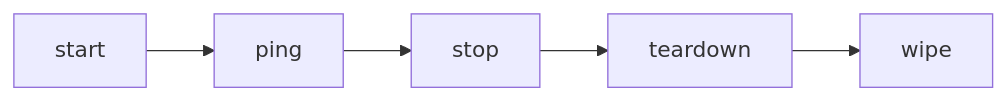
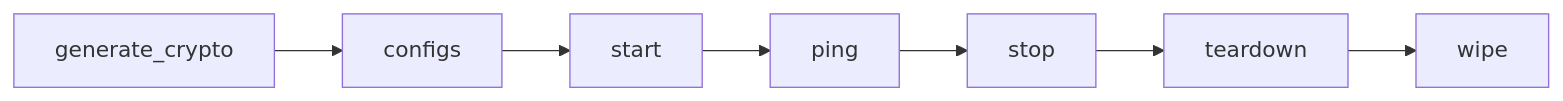
One commit to LF-Decentralized-Trust-labs/fabric-x-ansible-collection changed the diagram in playbooks/postgres/README.md. Above: the diagram before and after it, drawn with Mermaid. The commit also changed other lines of this file and 18 other files, not shown here.

````diff
--- a/playbooks/postgres/README.md
+++ b/playbooks/postgres/README.md
@@ -16,7 +18,9 @@
 ```mermaid
 flowchart LR
-  START[start] --> PING[ping]
+  CRYPTO[generate_crypto] --> CONFIGS[configs]
+  CONFIGS --> START[start]
+  START --> PING[ping]
   PING --> STOP[stop]
   STOP --> TEARDOWN[teardown]
   TEARDOWN --> WIPE[wipe]
 ```
````
